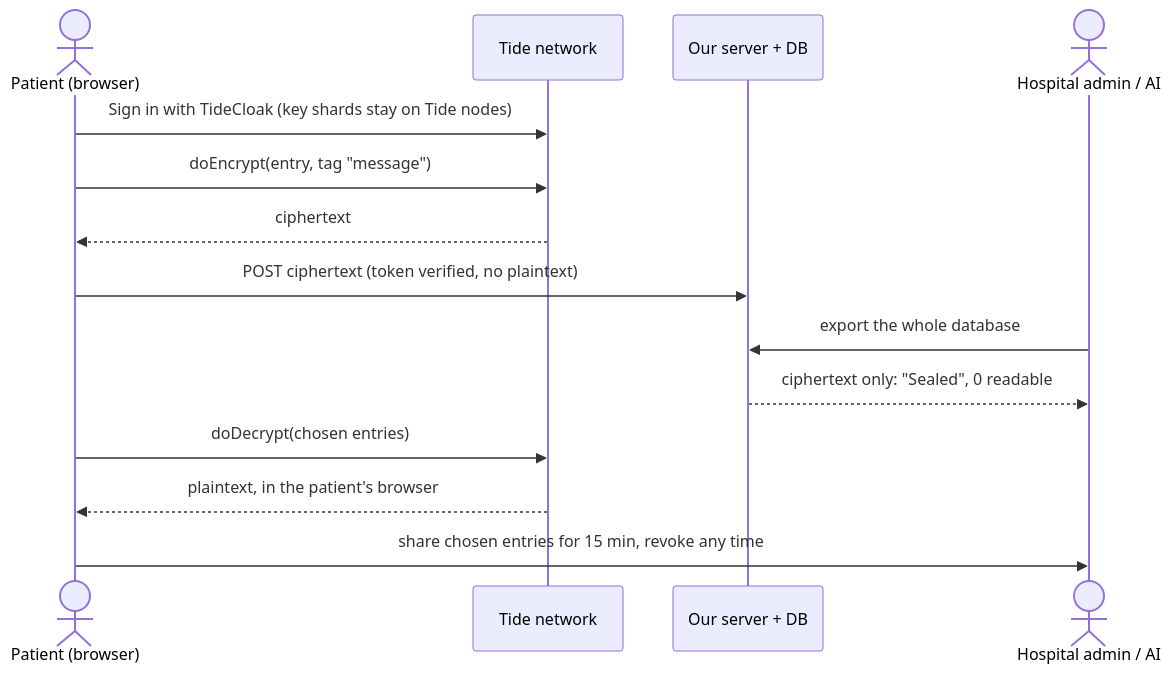
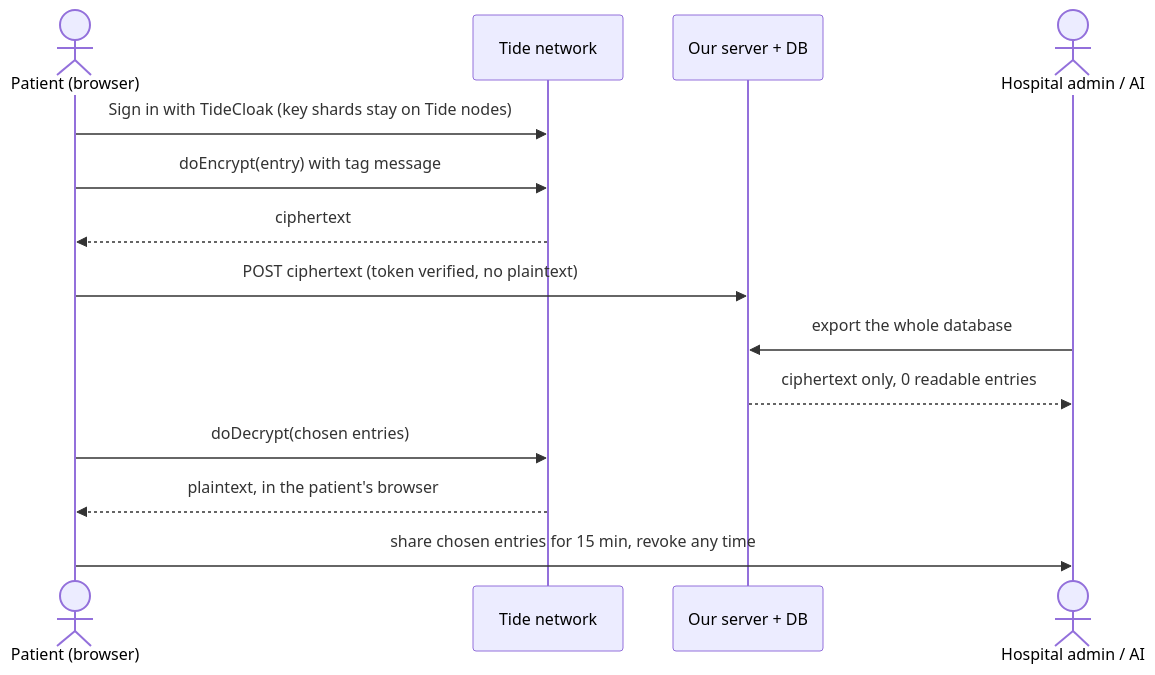
Before and after one commit to duythinhpham07/care-passport-vn: the diagram in README.md, drawn with Mermaid. The commit also changed 3 other files, not shown here.

Commit message:
Polish: language follows the browser, normalized demo audio, project name, safer diagram

````diff
--- a/README.md
+++ b/README.md
@@ -43,16 +43,16 @@
 ```mermaid
 sequenceDiagram
     actor P as Patient (browser)
     participant T as Tide network
     participant S as Our server + DB
     actor A as Hospital admin / AI
     P->>T: Sign in with TideCloak (key shards stay on Tide nodes)
-    P->>T: doEncrypt(entry, tag "message")
+    P->>T: doEncrypt(entry) with tag message
     T-->>P: ciphertext
     P->>S: POST ciphertext (token verified, no plaintext)
     A->>S: export the whole database
-    S-->>A: ciphertext only: "Sealed", 0 readable
+    S-->>A: ciphertext only, 0 readable entries
     P->>T: doDecrypt(chosen entries)
     T-->>P: plaintext, in the patient's browser
     P->>A: share chosen entries for 15 min, revoke any time
 ```
````
